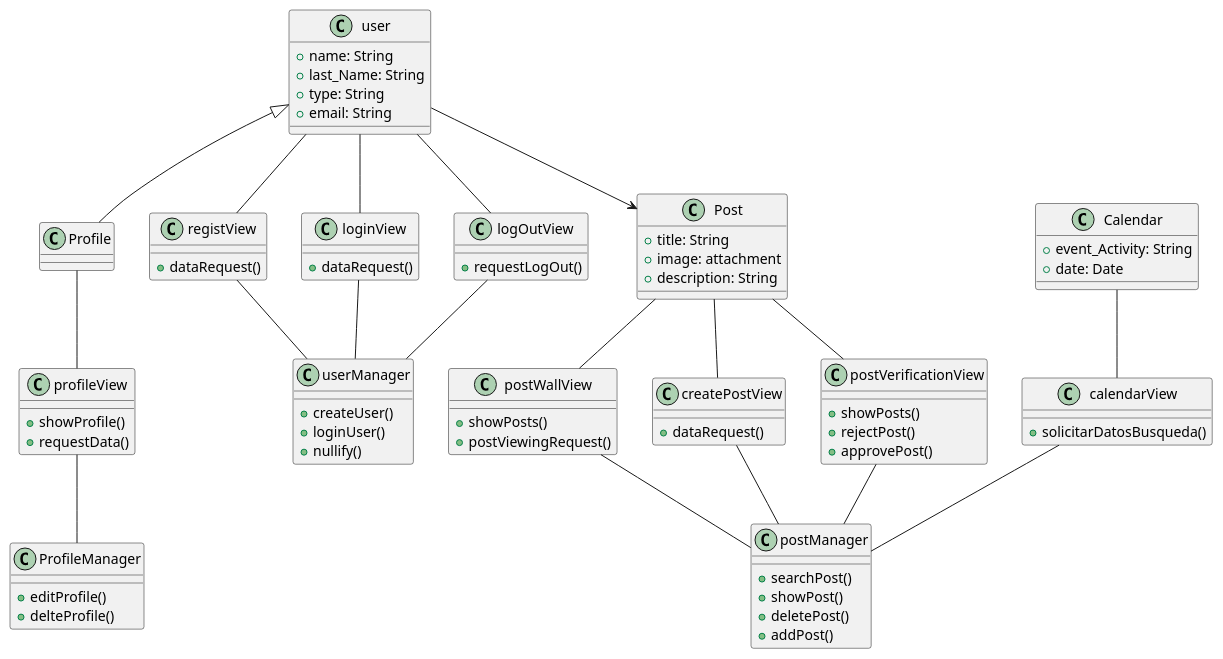
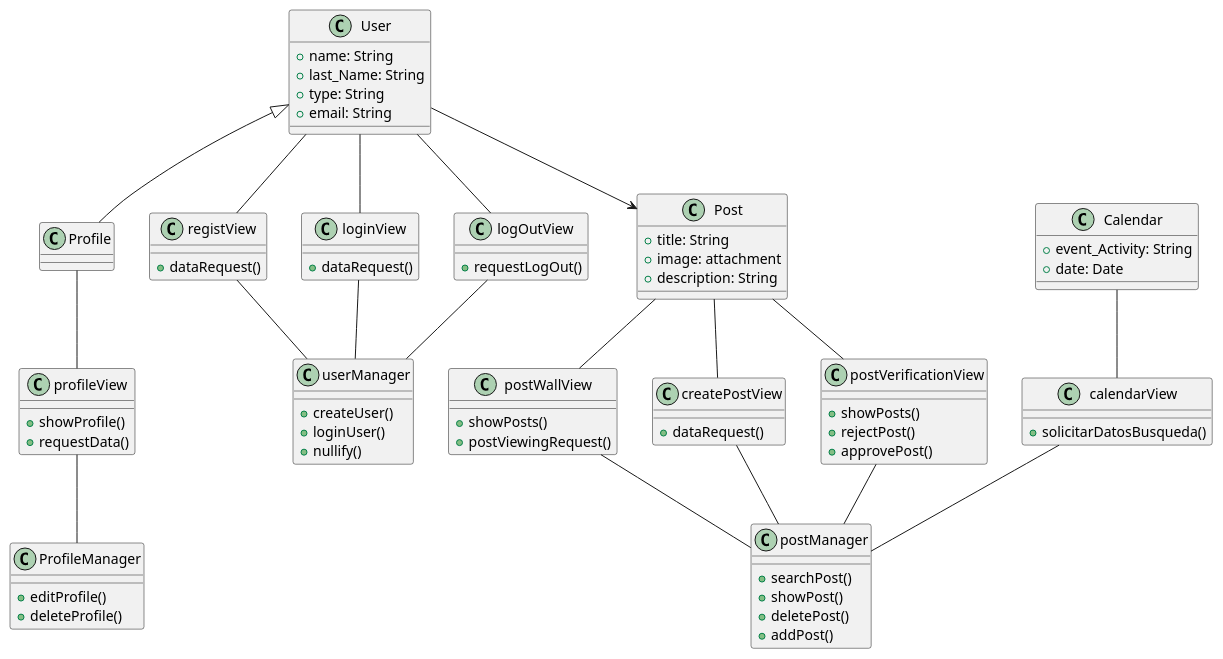
Before and after one commit to Dayannis-07/ING_SOFT: the diagram in docs/scenariosView/AnalysisClassDiagram.plantuml, drawn with PlantUML.

Commit message:
Uptade Analysis Class Diagram

```diff
--- a/docs/scenariosView/AnalysisClassDiagram.plantuml
+++ b/docs/scenariosView/AnalysisClassDiagram.plantuml
@@ -1,82 +1,82 @@
-@startuml
-class user{
+@startuml Analysis Class Diagram
+class User{
  +name: String
     +last_Name: String
     +type: String
     +email: String
 }
 class Post{
  +title: String
     +image: attachment
     +description: String
 }
 class Profile{}
 class profileView{
 +showProfile()
 +requestData()
 }
 class ProfileManager{
 +editProfile()
-+delteProfile()
++deleteProfile()
 
 }
 class Calendar{
     +event_Activity: String
     +date: Date
 }
 class registView{
    +dataRequest()
 }
 class userManager{
      +createUser()
      +loginUser()
      +nullify()
 }
 class loginView{
 +dataRequest()
 }
 class postWallView{
   +showPosts()
   +postViewingRequest()
 }
 class createPostView{
  +dataRequest()
 }
 class postManager{
 +searchPost()
 +showPost()
 +deletePost()
 +addPost()
 }
 class postVerificationView{
 +showPosts()
 +rejectPost()
 +approvePost()
 }
 class calendarView{
 +solicitarDatosBusqueda()
 }
 
 class logOutView{
 +requestLogOut()
 }
 
-user <|--Profile
-user-- registView
-user-- logOutView
+User <|--Profile
+User-- registView
+User-- logOutView
 logOutView-- userManager
 registView-- userManager
-user-- loginView
+User-- loginView
 loginView-- userManager
 Profile--profileView
 profileView--ProfileManager
 Post--postWallView
 Post-- postVerificationView
 Post-- createPostView
 Calendar--calendarView
 postWallView--postManager
 createPostView--postManager
 postVerificationView--postManager
 calendarView--postManager
-user-->Post 
+User-->Post 
 @enduml
```
